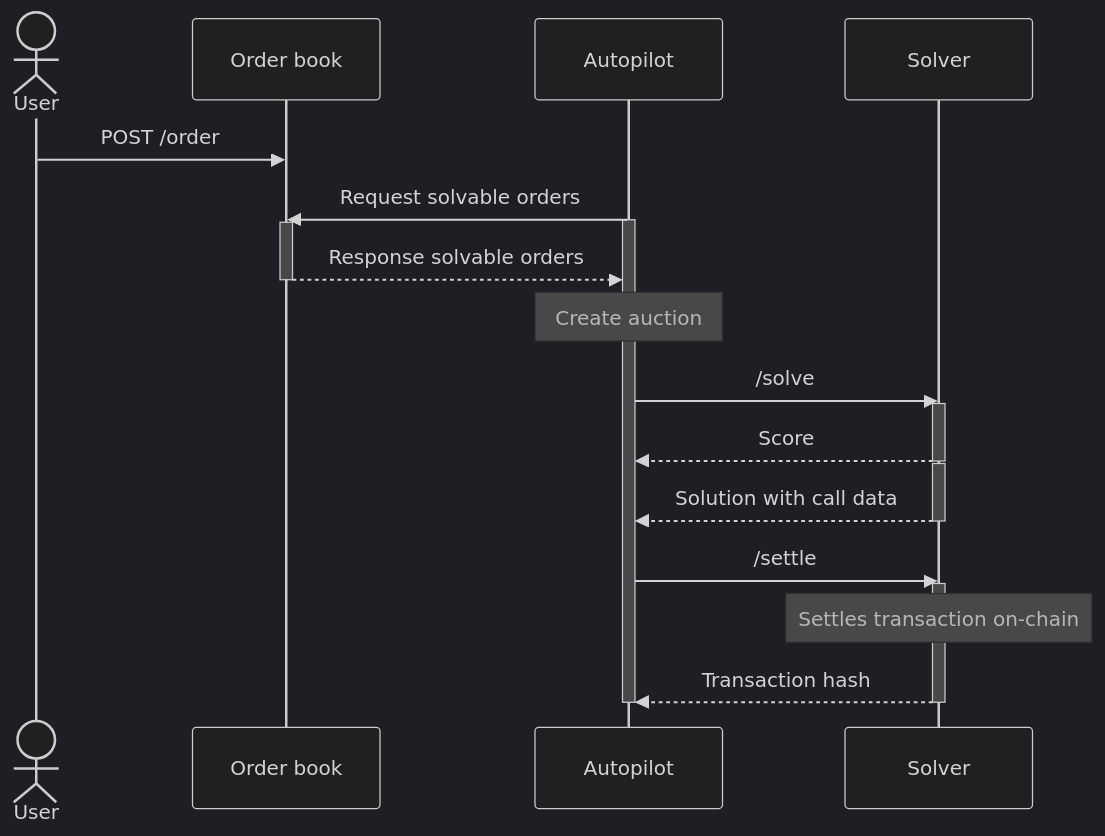
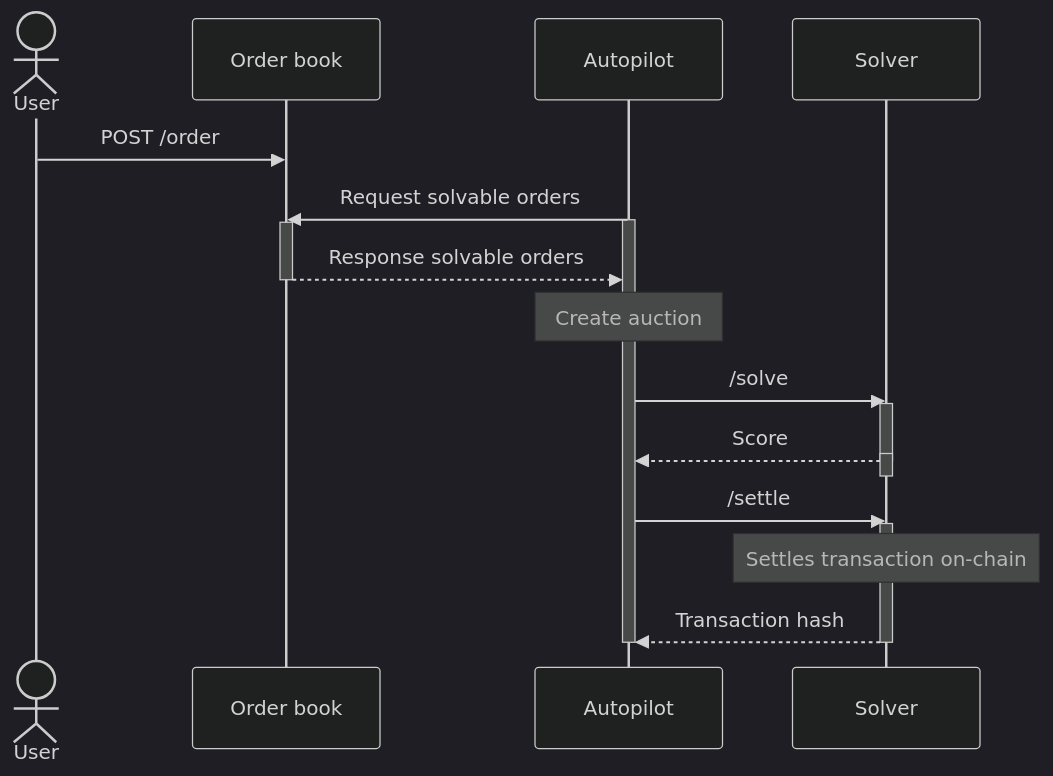
The diagram in docs/cow-protocol/tutorials/arbitrate/README.mdx (cowprotocol/docs), drawn with Mermaid (dark theme) before and after one commit. The commit also changed 1 other file, not shown here.

Commit message:
Update docs: /reveal endpoint removed

````diff
--- a/docs/cow-protocol/tutorials/arbitrate/README.mdx
+++ b/docs/cow-protocol/tutorials/arbitrate/README.mdx
@@ -9,28 +9,27 @@
 ```mermaid
 sequenceDiagram
     actor User
     participant Order book
     participant Autopilot
     participant Solver
 
     User->>Order book: POST /order
     Autopilot->>Order book: Request solvable orders
     activate Autopilot
     activate Order book
     Order book-->>Autopilot: Response solvable orders
     deactivate Order book
     Note over Autopilot: Create auction
     Autopilot->>Solver: /solve
     activate Solver
     Solver-->>Autopilot: Score
     deactivate Solver
     activate Solver
-    Solver-->>Autopilot: Solution with call data
     deactivate Solver
     Autopilot->>Solver: /settle
     activate Solver
     Note over Solver: Settles transaction on-chain
     Solver-->>Autopilot: Transaction hash
     deactivate Solver
     deactivate Autopilot
 ```
````
